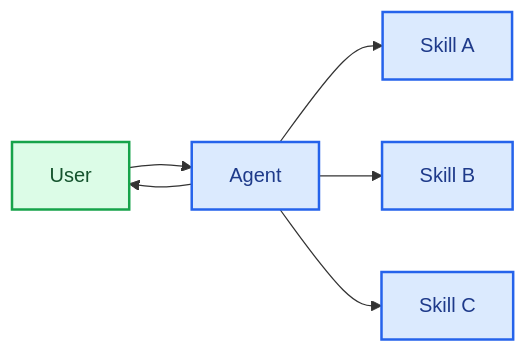
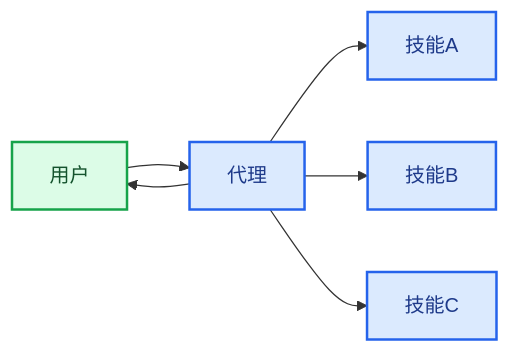
Before and after one commit to kunfan96/cndocs-langchain: the diagram in oss/python/langchain/multi-agent/skills.mdx, drawn with Mermaid. The commit also changed other lines of this file and 1030 other files, not shown here.

````diff
--- a/oss/python/langchain/multi-agent/skills.mdx
+++ b/oss/python/langchain/multi-agent/skills.mdx
@@ -14,14 +14,14 @@
 ```mermaid
 graph LR
-    A[User] --> B[Agent]
-    B --> C[Skill A]
-    B --> D[Skill B]
-    B --> E[Skill C]
+    A[用户] --> B[代理]
+    B --> C[技能A]
+    B --> D[技能B]
+    B --> E[技能C]
     B --> A
 
     classDef trigger fill:#DCFCE7,stroke:#16A34A,stroke-width:2px,color:#14532D
     classDef process fill:#DBEAFE,stroke:#2563EB,stroke-width:2px,color:#1E3A8A
 
     class A trigger
     class B,C,D,E process
 ```
````
